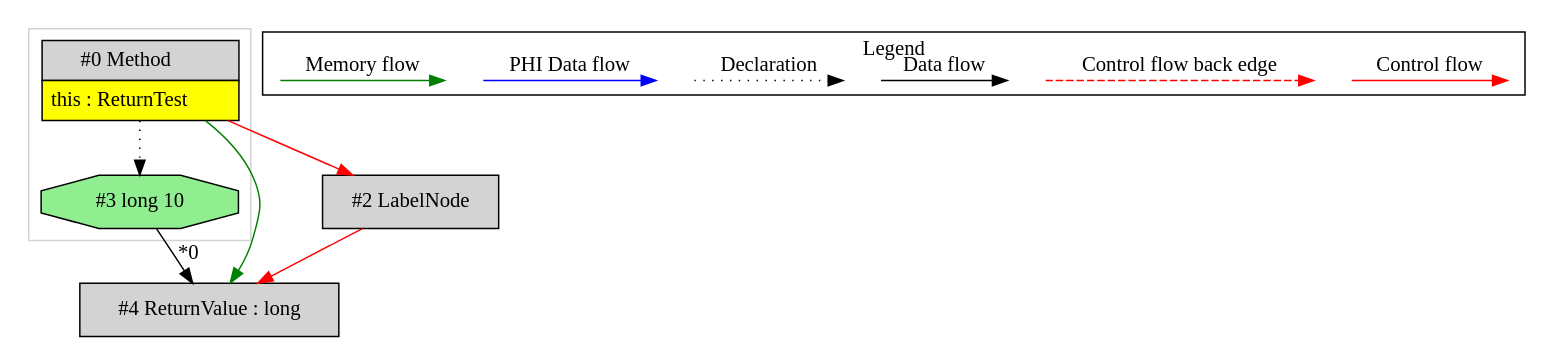
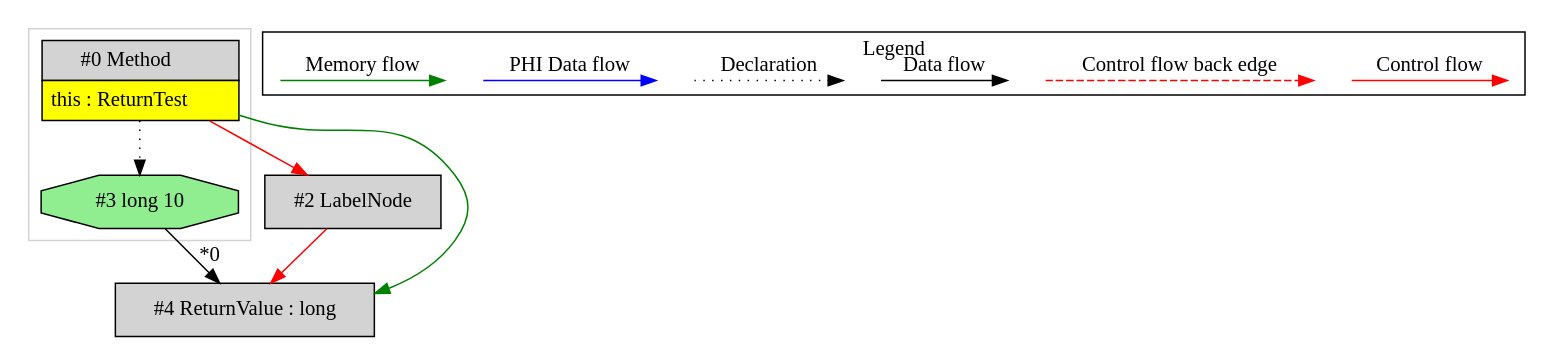
One commit to mirkosertic/MetaIR changed the diagram in de.mirkosertic.metair.ir.examples.ReturnTest/returnLong/ir.dot. Above: the diagram before and after it, drawn with Graphviz. The commit also changed other lines of this file and 27 other files, not shown here.

```diff
--- a/de.mirkosertic.metair.ir.examples.ReturnTest/returnLong/ir.dot
+++ b/de.mirkosertic.metair.ir.examples.ReturnTest/returnLong/ir.dot
@@ -1,42 +1,42 @@
 digraph {
  node0[margin="0", label=<<table border="0" cellborder="1" cellspacing="0" cellpadding="5"><tr><td colspan="1">#0 Method</td></tr><tr><td port="prj1" bgcolor="yellow">this : ReturnTest</td></tr></table>>,shape=none, fillcolor=lightgrey, style=filled];
+ node2[label="#2 LabelNode",shape=box, fillcolor=lightgrey, style=filled];
+ node0 -> node2[labeldistance=2, color=red, fontcolor=red];
  node4[label="#4 ReturnValue : long",shape=box, fillcolor=lightgrey, style=filled];
  node3 -> node4[headlabel="*0", labeldistance=2];
  node2 -> node4[labeldistance=2, color=red, fontcolor=red];
  node0 -> node4[labeldistance=2, color=green, constraint=false];
- node2[label="#2 LabelNode",shape=box, fillcolor=lightgrey, style=filled];
- node0 -> node2[labeldistance=2, color=red, fontcolor=red];
  node3[label="#3 long 10",shape=octagon, fillcolor=lightgreen, style=filled];
  node0 -> node3[style=dotted];
  subgraph cluster_0 {
   color=lightgray;
   node0;
   node3;
  }
  subgraph cluster_000 {
   label = "Legend";
   node [shape=point]
   {
    rank=same;
    c0 [style = invis];
    c1 [style = invis];
    c2 [style = invis];
    c3 [style = invis];
    d0 [style = invis];
    d1 [style = invis];
    d2 [style = invis];
    d3 [style = invis];
    d4 [style = invis];
    d5 [style = invis];
    d6 [style = invis];
    d7 [style = invis];
   }
   c0 -> c1 [label="Control flow", style=solid, color=red]
   c2 -> c3 [label="Control flow back edge", style=dashed, color=red]
   d0 -> d1 [label="Data flow"]
   d2 -> d3 [label="Declaration", style=dotted]
   d4 -> d5 [label="PHI Data flow", color=blue]
   d6 -> d7 [label="Memory flow", color=green]
  }
 
 }
```
